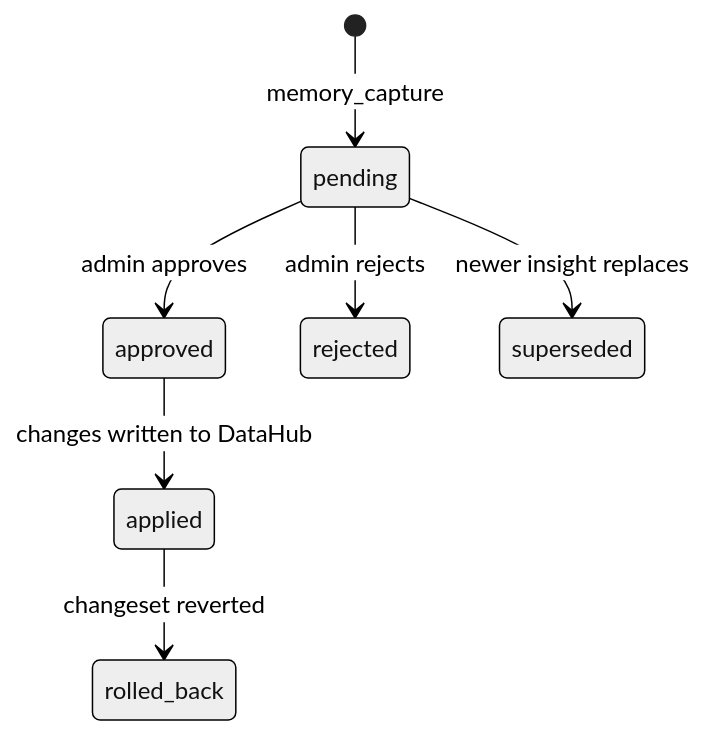
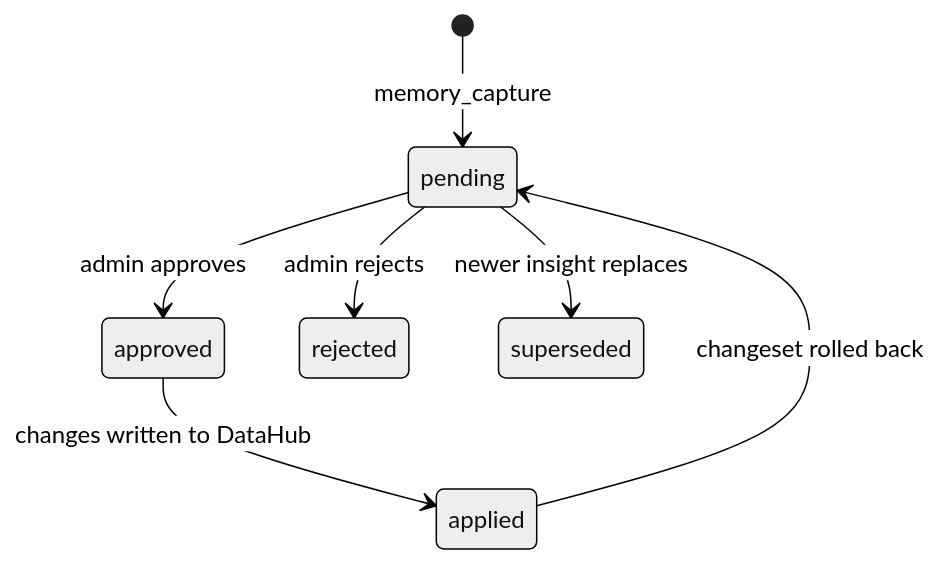
The second of 3 diagrams in docs/knowledge/overview.md (txn2/mcp-data-platform), drawn with Mermaid (neutral theme) before and after one commit. The commit also changed other lines of this file and 43 other files, not shown here.

````diff
--- a/docs/knowledge/overview.md
+++ b/docs/knowledge/overview.md
@@ -81,9 +81,9 @@
 ```mermaid
 stateDiagram-v2
     [*] --> pending: memory_capture
     pending --> approved: admin approves
     pending --> rejected: admin rejects
     pending --> superseded: newer insight replaces
     approved --> applied: changes written to DataHub
-    applied --> rolled_back: changeset reverted
+    applied --> pending: changeset rolled back
 ```
````
